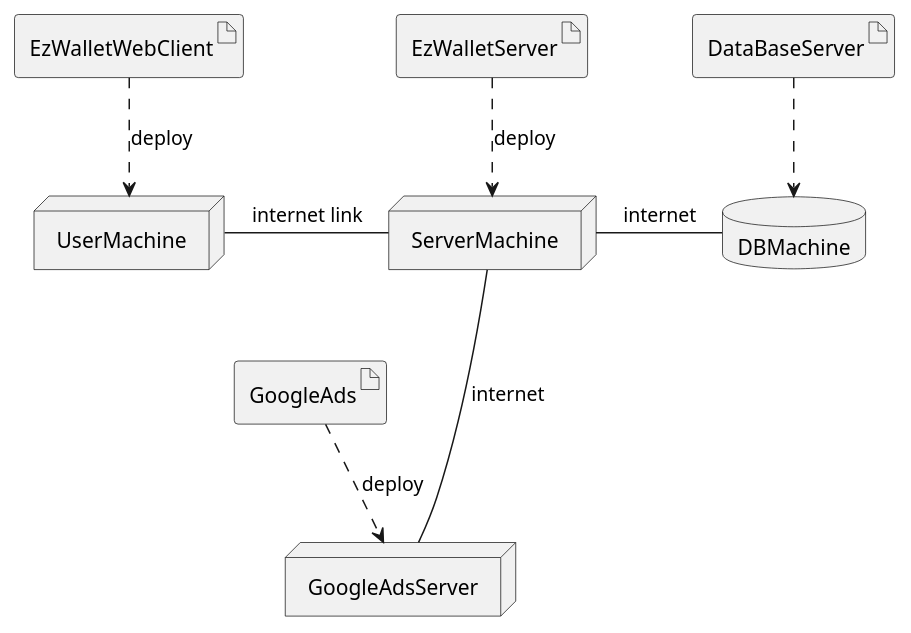
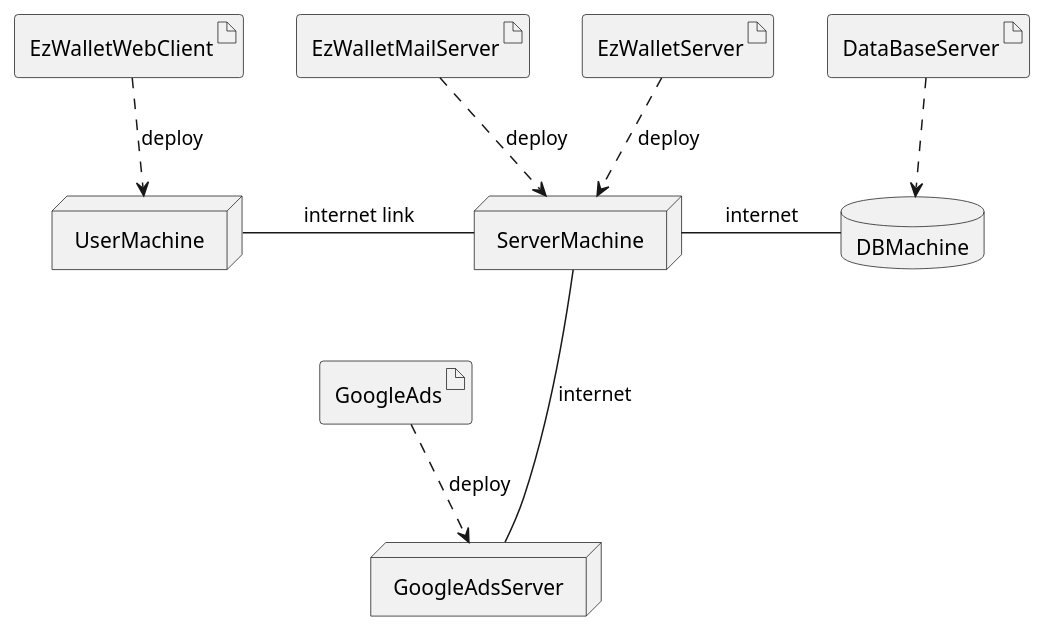
The fifth of 5 diagrams in RequirementsDocumentV2.md (lara-m2000/ezwallet), drawn with PlantUML before and after one commit. The commit also changed other lines of this file, not shown here.

Commit message:
docs: updates use cases, system design, deployment diagram

````diff
--- a/RequirementsDocumentV2.md
+++ b/RequirementsDocumentV2.md
@@ -1086,36 +1104,36 @@
 ```plantuml
 @startuml
 
-
+artifact EzWalletMailServer
 artifact EzWalletServer
 node ServerMachine
 
 EzWalletServer ..> ServerMachine : deploy
-
+EzWalletMailServer ..> ServerMachine : deploy
 
 artifact DataBaseServer
 database DBMachine
 
 DataBaseServer ..> DBMachine
 
 
 
 ServerMachine - DBMachine : internet
 
 artifact EzWalletWebClient
 node UserMachine
 
 EzWalletWebClient ..> UserMachine : deploy
 
 UserMachine - ServerMachine : internet link
 
 artifact GoogleAds
 node GoogleAdsServer
 
 GoogleAds ..> GoogleAdsServer : deploy
 
 ServerMachine --- GoogleAdsServer : internet
 
 
 @enduml
 ```
````
